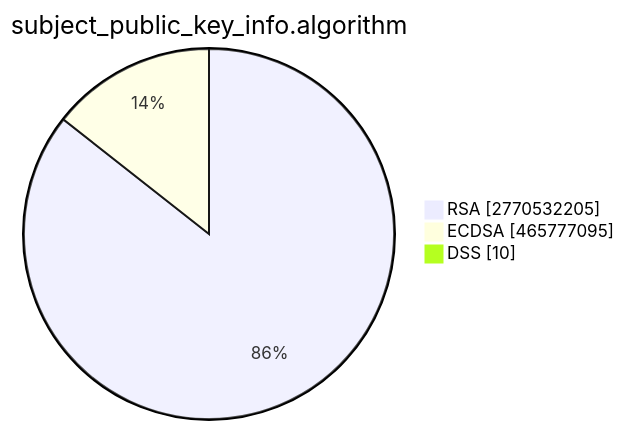
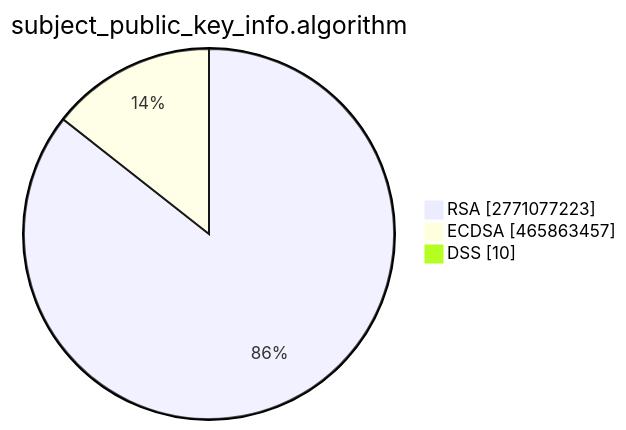
Before and after one commit to christiankrug/ctmonitor_visualization: the second of 15 diagrams in TOTAL/README.md, drawn with Mermaid. The commit also changed other lines of this file, not shown here.

````diff
--- a/TOTAL/README.md
+++ b/TOTAL/README.md
@@ -6,7 +6,7 @@
 ```mermaid
 pie showData
 title subject_public_key_info.algorithm
-"RSA" :2770532205
-"ECDSA" :465777095
+"RSA" :2771077223
+"ECDSA" :465863457
 "DSS" :10
 ```
````
